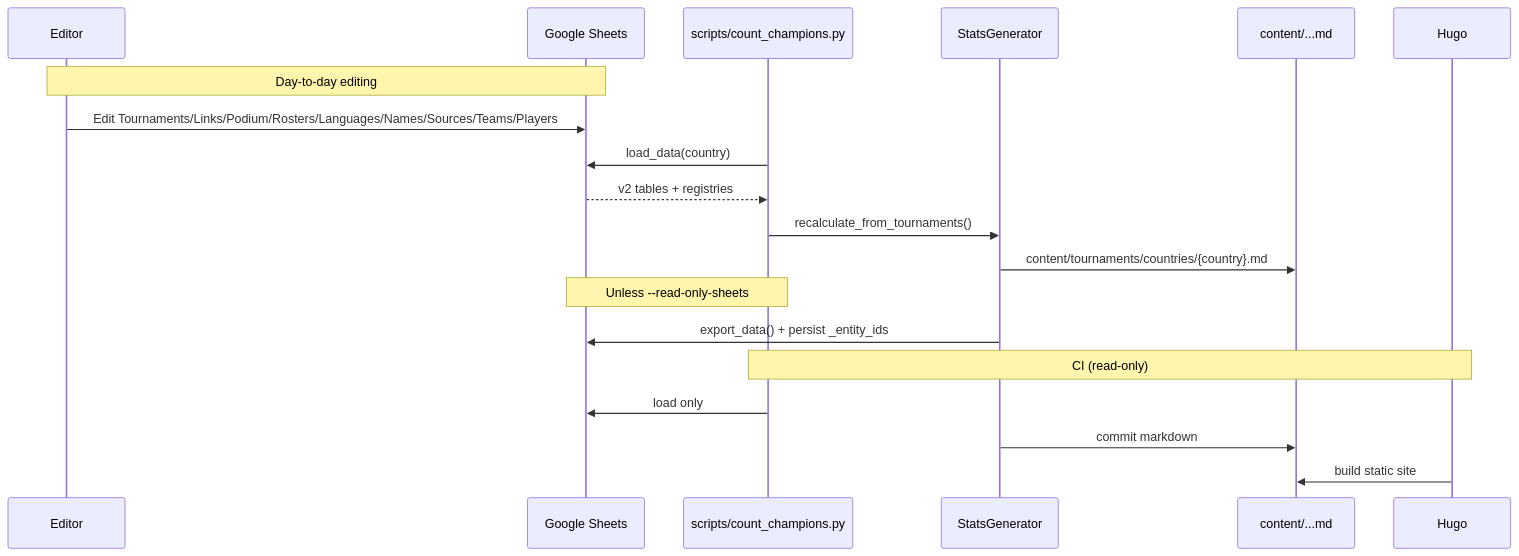
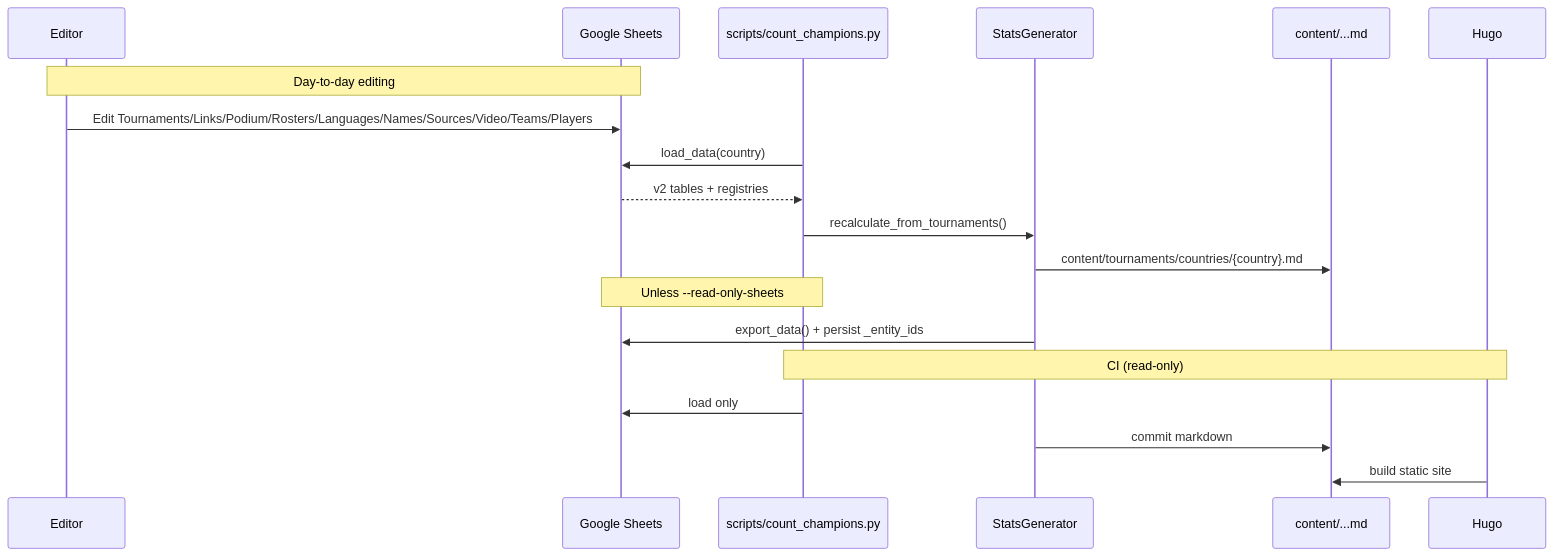
The second of 2 diagrams in docs/ARCHITECTURE.md (chgknews/stats), drawn with Mermaid before and after one commit. The commit also changed other lines of this file and 6 other files, not shown here.

Commit message:
add work with video links

````diff
--- a/docs/ARCHITECTURE.md
+++ b/docs/ARCHITECTURE.md
@@ -105,23 +105,23 @@
 ```mermaid
 sequenceDiagram
     participant Editor
     participant Sheets as Google Sheets
     participant CLI as scripts/count_champions.py
     participant SG as StatsGenerator
     participant Files as content/...md
     participant Hugo
 
     Note over Editor,Sheets: Day-to-day editing
-    Editor->>Sheets: Edit Tournaments/Links/Podium/Rosters/Languages/Names/Sources/Teams/Players
+    Editor->>Sheets: Edit Tournaments/Links/Podium/Rosters/Languages/Names/Sources/Video/Teams/Players
     CLI->>Sheets: load_data(country)
     Sheets-->>CLI: v2 tables + registries
     CLI->>SG: recalculate_from_tournaments()
     SG->>Files: content/tournaments/countries/{country}.md
     Note over CLI,Sheets: Unless --read-only-sheets
     SG->>Sheets: export_data() + persist _entity_ids
 
     Note over CLI,Hugo: CI (read-only)
     CLI->>Sheets: load only
     SG->>Files: commit markdown
     Hugo->>Files: build static site
 ```
````
